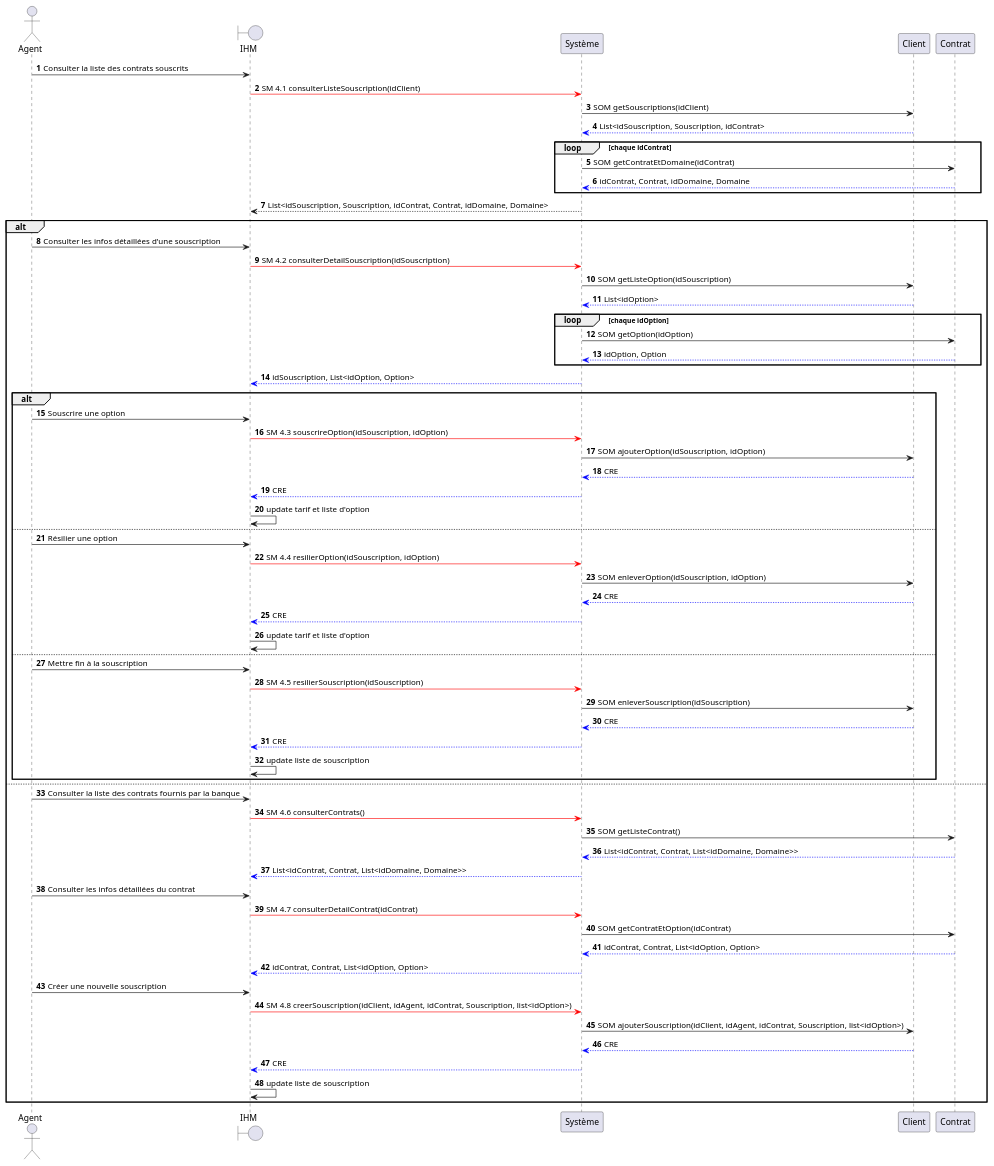
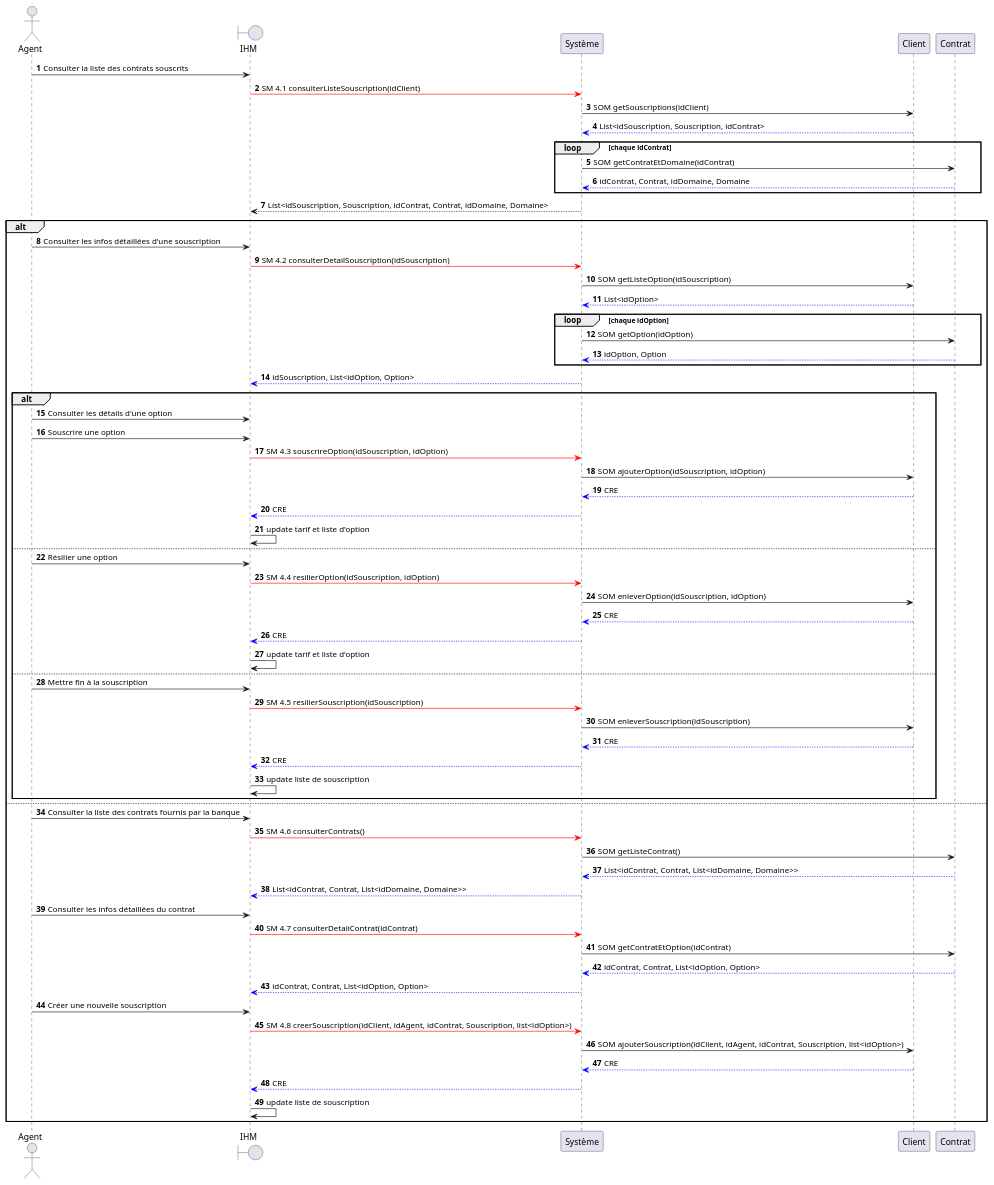
Before and after one commit to HZjiadong/PLD-MARS: the diagram in src/documentation/CU4_DSD.puml, drawn with PlantUML. The commit also changed 2 other files, not shown here.

```diff
--- a/src/documentation/CU4_DSD.puml
+++ b/src/documentation/CU4_DSD.puml
@@ -1,73 +1,74 @@
 @startuml
 actor Agent
 boundary IHM
 participant Système
 participant Client
 participant Contrat
 autonumber
 Agent -> IHM : Consulter la liste des contrats souscrits
 IHM -[#red]> Système : SM 4.1 consulterListeSouscription(idClient)
 Système -> Client : SOM getSouscriptions(idClient)
 Client -[#0000FF]-> Système : List<idSouscription, Souscription, idContrat>
 loop chaque idContrat
     Système -> Contrat : SOM getContratEtDomaine(idContrat)
     Contrat -[#0000FF]-> Système : idContrat, Contrat, idDomaine, Domaine
 end
 Système --> IHM : List<idSouscription, Souscription, idContrat, Contrat, idDomaine, Domaine>
 alt
     Agent -> IHM : Consulter les infos détaillées d'une souscription
     IHM -[#red]> Système : SM 4.2 consulterDetailSouscription(idSouscription)
     Système -> Client : SOM getListeOption(idSouscription)
     Client -[#0000FF]-> Système : List<idOption>
     loop chaque idOption
         Système -> Contrat : SOM getOption(idOption)
         Contrat -[#0000FF]-> Système :idOption, Option
     end
     Système -[#0000FF]-> IHM : idSouscription, List<idOption, Option>
     alt
+    Agent -> IHM : Consulter les détails d'une option
     Agent -> IHM : Souscrire une option
     IHM -[#red]> Système : SM 4.3 souscrireOption(idSouscription, idOption)
     Système -> Client : SOM ajouterOption(idSouscription, idOption)
     Client -[#0000FF]-> Système : CRE
     Système -[#0000FF]-> IHM : CRE
     IHM -> IHM : update tarif et liste d'option
     else
     Agent -> IHM : Résilier une option
     IHM -[#red]> Système : SM 4.4 resilierOption(idSouscription, idOption)
     Système -> Client : SOM enleverOption(idSouscription, idOption)
     Client -[#0000FF]-> Système : CRE
     Système -[#0000FF]-> IHM : CRE
     IHM -> IHM : update tarif et liste d'option
     else
     Agent -> IHM : Mettre fin à la souscription
     IHM -[#red]> Système : SM 4.5 resilierSouscription(idSouscription)
     Système -> Client : SOM enleverSouscription(idSouscription)
     Client -[#0000FF]-> Système : CRE
     Système -[#0000FF]-> IHM : CRE
     IHM -> IHM : update liste de souscription
     end
 else
     Agent -> IHM : Consulter la liste des contrats fournis par la banque
     IHM -[#red]> Système : SM 4.6 consulterContrats()
     Système -> Contrat : SOM getListeContrat()
     Contrat -[#0000FF]-> Système : List<idContrat, Contrat, List<idDomaine, Domaine>>
     Système -[#0000FF]-> IHM : List<idContrat, Contrat, List<idDomaine, Domaine>>
 
     Agent -> IHM : Consulter les infos détaillées du contrat
     IHM -[#red]> Système : SM 4.7 consulterDetailContrat(idContrat)
     Système -> Contrat : SOM getContratEtOption(idContrat)
     Contrat -[#0000FF]-> Système : idContrat, Contrat, List<idOption, Option>
     Système -[#0000FF]-> IHM : idContrat, Contrat, List<idOption, Option>
 
     Agent -> IHM : Créer une nouvelle souscription
     IHM -[#red]> Système : SM 4.8 creerSouscription(idClient, idAgent, idContrat, Souscription, list<idOption>)
     Système -> Client : SOM ajouterSouscription(idClient, idAgent, idContrat, Souscription, list<idOption>)
     Client -[#0000FF]-> Système : CRE
     Système -[#0000FF]-> IHM : CRE
     IHM -> IHM : update liste de souscription
 end
 
 
 
 
 @enduml
```
